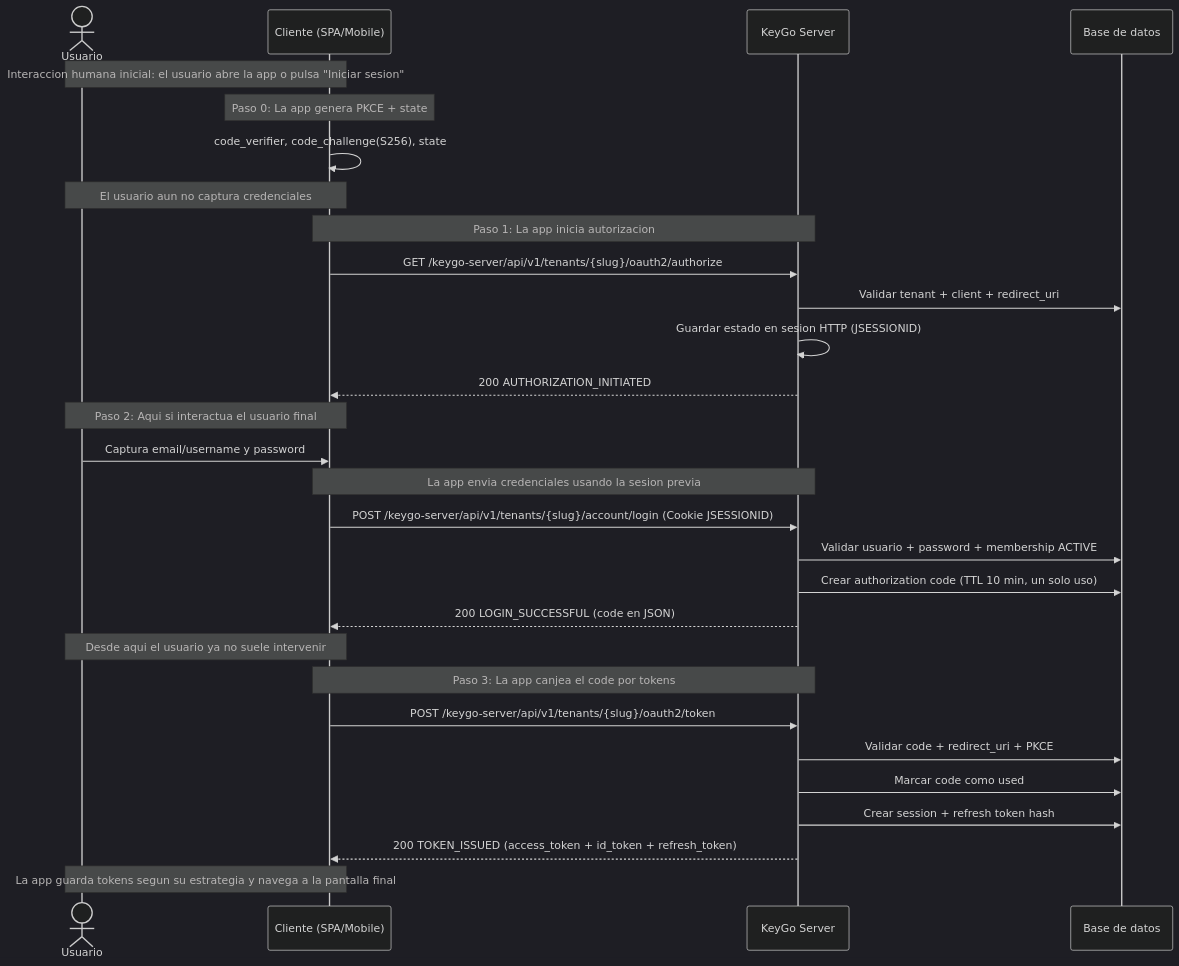
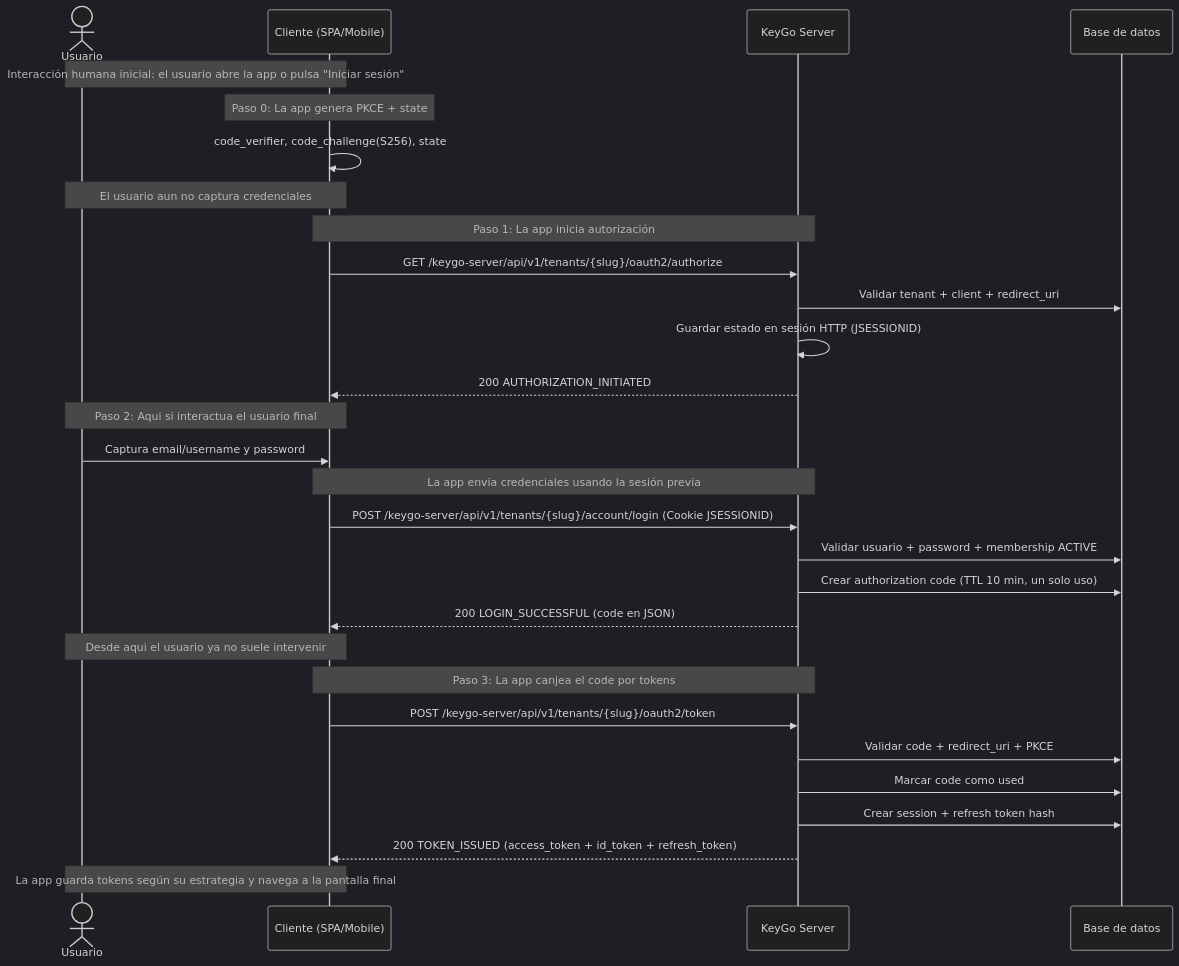
Before and after one commit to cmartinezs/keygo-server: the fifth of 7 diagrams in docs/api/AUTH_FLOW.md, drawn with Mermaid (dark theme). The commit also changed other lines of this file and 80 other files, not shown here.

````diff
--- a/docs/api/AUTH_FLOW.md
+++ b/docs/api/AUTH_FLOW.md
@@ -650,36 +650,36 @@
 ```mermaid
 sequenceDiagram
     actor U as Usuario
     participant C as Cliente (SPA/Mobile)
     participant K as KeyGo Server
     participant DB as Base de datos
 
-    Note over U,C: Interaccion humana inicial: el usuario abre la app o pulsa "Iniciar sesion"
+    Note over U,C: Interacción humana inicial: el usuario abre la app o pulsa "Iniciar sesión"
     Note over C: Paso 0: La app genera PKCE + state
     C->>C: code_verifier, code_challenge(S256), state
 
     Note over U,C: El usuario aun no captura credenciales
-    Note over C,K: Paso 1: La app inicia autorizacion
+    Note over C,K: Paso 1: La app inicia autorización
     C->>K: GET /keygo-server/api/v1/tenants/{slug}/oauth2/authorize
     K->>DB: Validar tenant + client + redirect_uri
-    K->>K: Guardar estado en sesion HTTP (JSESSIONID)
+    K->>K: Guardar estado en sesión HTTP (JSESSIONID)
     K-->>C: 200 AUTHORIZATION_INITIATED
 
     Note over U,C: Paso 2: Aqui si interactua el usuario final
     U->>C: Captura email/username y password
-    Note over C,K: La app envia credenciales usando la sesion previa
+    Note over C,K: La app envia credenciales usando la sesión previa
     C->>K: POST /keygo-server/api/v1/tenants/{slug}/account/login (Cookie JSESSIONID)
     K->>DB: Validar usuario + password + membership ACTIVE
     K->>DB: Crear authorization code (TTL 10 min, un solo uso)
     K-->>C: 200 LOGIN_SUCCESSFUL (code en JSON)
 
     Note over U,C: Desde aqui el usuario ya no suele intervenir
     Note over C,K: Paso 3: La app canjea el code por tokens
     C->>K: POST /keygo-server/api/v1/tenants/{slug}/oauth2/token
     K->>DB: Validar code + redirect_uri + PKCE
     K->>DB: Marcar code como used
     K->>DB: Crear session + refresh token hash
     K-->>C: 200 TOKEN_ISSUED (access_token + id_token + refresh_token)
 
-    Note over C,U: La app guarda tokens segun su estrategia y navega a la pantalla final
+    Note over C,U: La app guarda tokens según su estrategia y navega a la pantalla final
 ```
````
